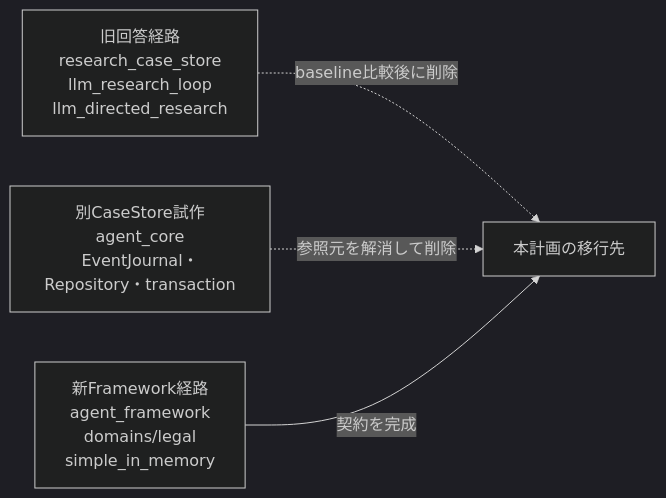
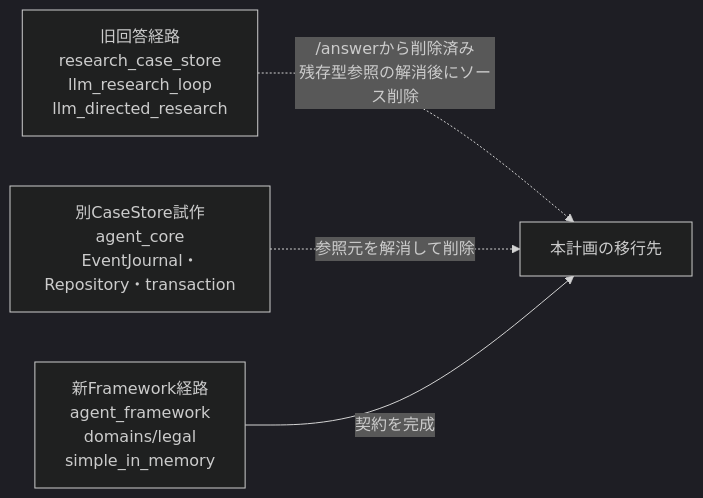
One commit to Noriaki-4/local-rag-poc-law changed diagram 12 of 12 in docs/generic_iterative_agent_framework_plan_visual.md. Above: the diagram before and after it, drawn with Mermaid (dark theme). The commit also changed 47 other files, not shown here.

````diff
--- a/docs/generic_iterative_agent_framework_plan_visual.md
+++ b/docs/generic_iterative_agent_framework_plan_visual.md
@@ -503,11 +503,11 @@
 ```mermaid
 flowchart LR
     OLD[旧回答経路<br/>research_case_store<br/>llm_research_loop<br/>llm_directed_research]
     CORE[別CaseStore試作<br/>agent_core<br/>EventJournal・Repository・transaction]
     NEW[新Framework経路<br/>agent_framework<br/>domains/legal<br/>simple_in_memory]
     TARGET[本計画の移行先]
 
-    OLD -. baseline比較後に削除 .-> TARGET
+    OLD -. /answerから削除済み<br/>残存型参照の解消後にソース削除 .-> TARGET
     CORE -. 参照元を解消して削除 .-> TARGET
     NEW -->|契約を完成| TARGET
 ```
````
